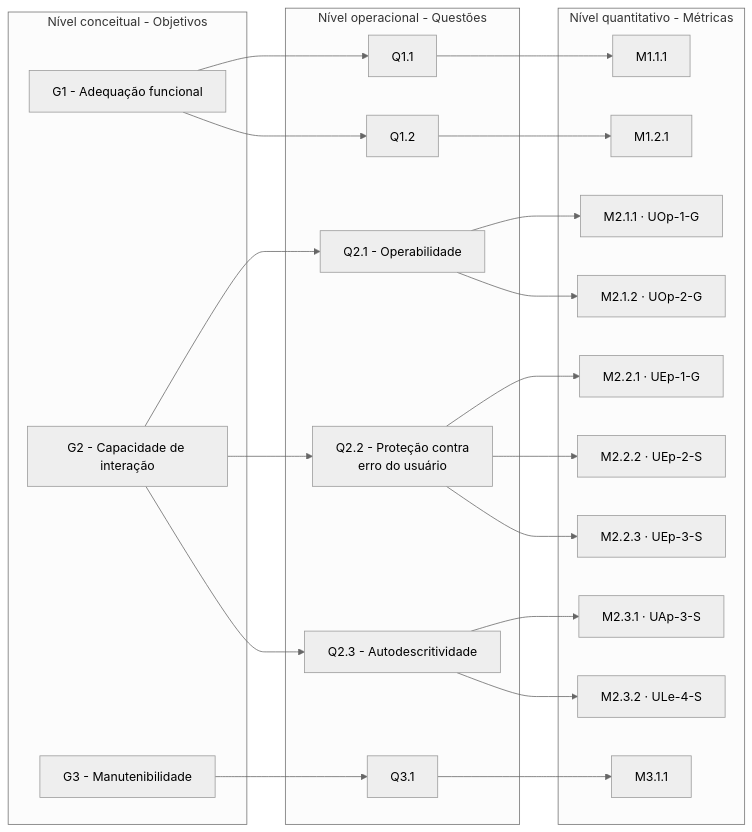
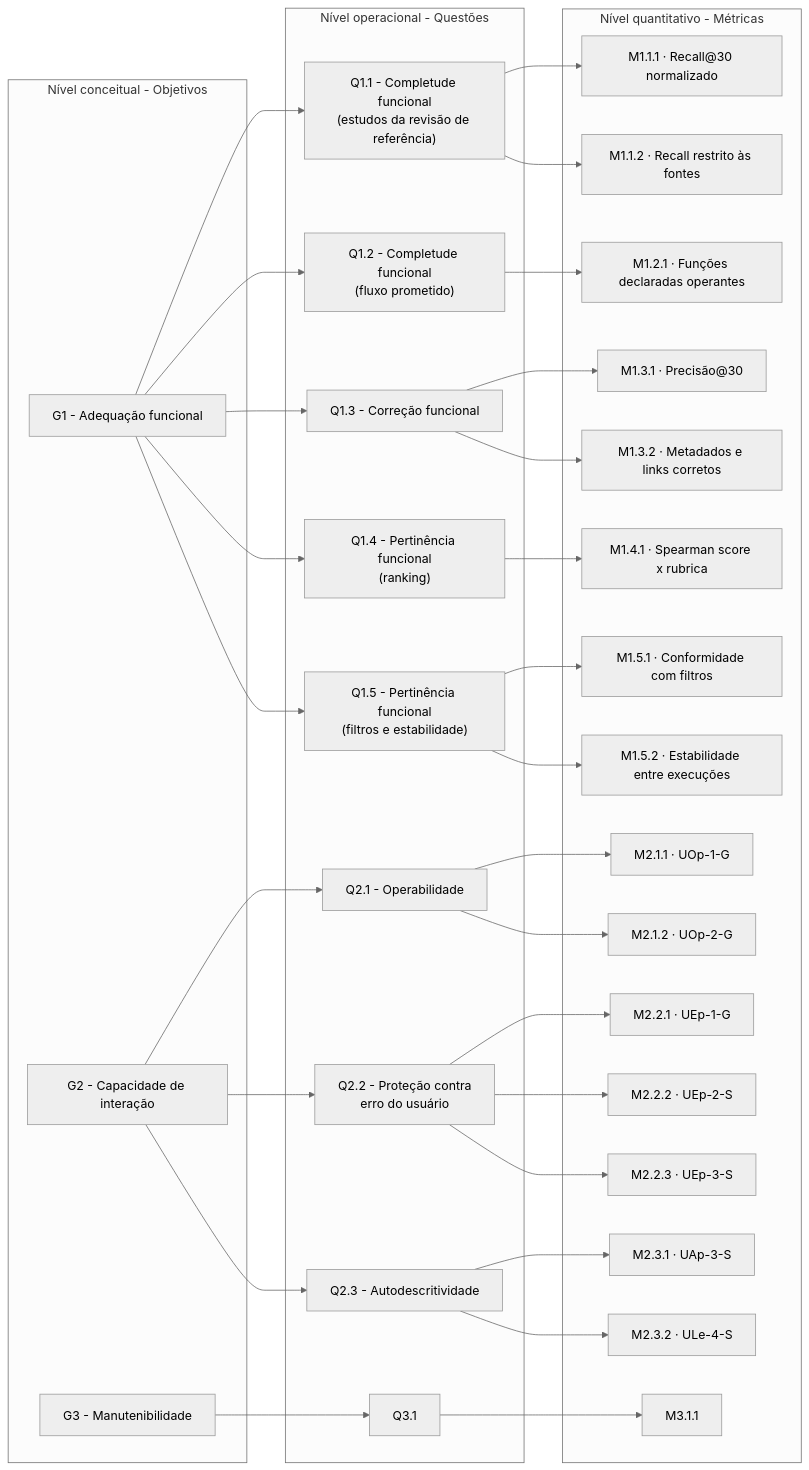
One commit to FCTE-Qualidade-de-Software-1/2026-2_T02_FRANCES_ALLEN changed the diagram in docs/fase-2/diagrama-gqm.md. Above: the diagram before and after it, drawn with Mermaid (neutral theme). The commit also changed other lines of this file, not shown here.

Commit message:
Diagrama GQM: ramo completo do G1 (adequação funcional)

````diff
--- a/docs/fase-2/diagrama-gqm.md
+++ b/docs/fase-2/diagrama-gqm.md
@@ -5,35 +5,48 @@
 ```mermaid
 flowchart LR
     subgraph N1["Nível conceitual - Objetivos"]
         G1["G1 - Adequação funcional"]
         G2["G2 - Capacidade de interação"]
         G3["G3 - Manutenibilidade"]
     end
     subgraph N2["Nível operacional - Questões"]
-        Q11["Q1.1"]
-        Q12["Q1.2"]
+        Q11["Q1.1 - Completude funcional<br/>(estudos da revisão de referência)"]
+        Q12["Q1.2 - Completude funcional<br/>(fluxo prometido)"]
+        Q13["Q1.3 - Correção funcional"]
+        Q14["Q1.4 - Pertinência funcional<br/>(ranking)"]
+        Q15["Q1.5 - Pertinência funcional<br/>(filtros e estabilidade)"]
         Q21["Q2.1 - Operabilidade"]
         Q22["Q2.2 - Proteção contra<br/>erro do usuário"]
         Q23["Q2.3 - Autodescritividade"]
         Q31["Q3.1"]
     end
     subgraph N3["Nível quantitativo - Métricas"]
-        M111["M1.1.1"]
-        M121["M1.2.1"]
+        M111["M1.1.1 · Recall@30 normalizado"]
+        M112["M1.1.2 · Recall restrito às fontes"]
+        M121["M1.2.1 · Funções declaradas operantes"]
+        M131["M1.3.1 · Precisão@30"]
+        M132["M1.3.2 · Metadados e links corretos"]
+        M141["M1.4.1 · Spearman score x rubrica"]
+        M151["M1.5.1 · Conformidade com filtros"]
+        M152["M1.5.2 · Estabilidade entre execuções"]
         M211["M2.1.1 · UOp-1-G"]
         M212["M2.1.2 · UOp-2-G"]
         M221["M2.2.1 · UEp-1-G"]
         M222["M2.2.2 · UEp-2-S"]
         M223["M2.2.3 · UEp-3-S"]
         M231["M2.3.1 · UAp-3-S"]
         M232["M2.3.2 · ULe-4-S"]
         M311["M3.1.1"]
     end
-    G1 --> Q11 --> M111
-    G1 --> Q12 --> M121
+    G1 --> Q11 & Q12 & Q13 & Q14 & Q15
+    Q11 --> M111 & M112
+    Q12 --> M121
+    Q13 --> M131 & M132
+    Q14 --> M141
+    Q15 --> M151 & M152
     G2 --> Q21 & Q22 & Q23
     Q21 --> M211 & M212
     Q22 --> M221 & M222 & M223
     Q23 --> M231 & M232
     G3 --> Q31 --> M311
 ```
````
